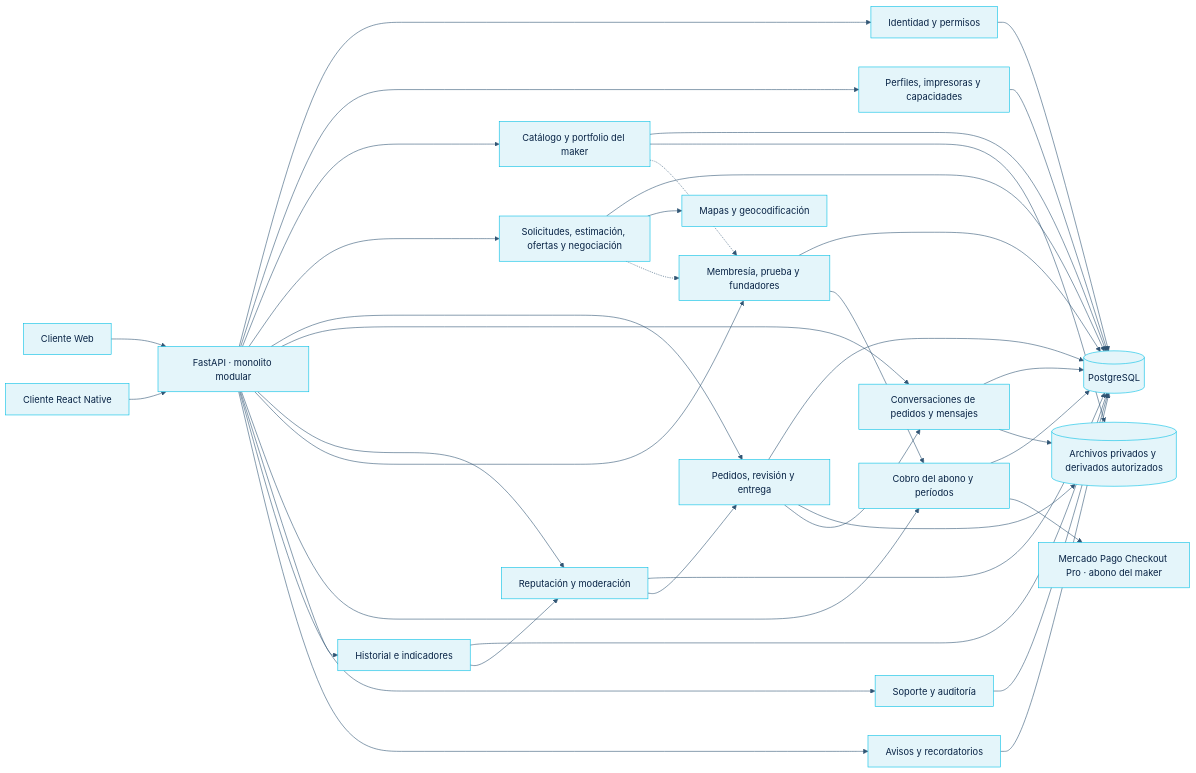
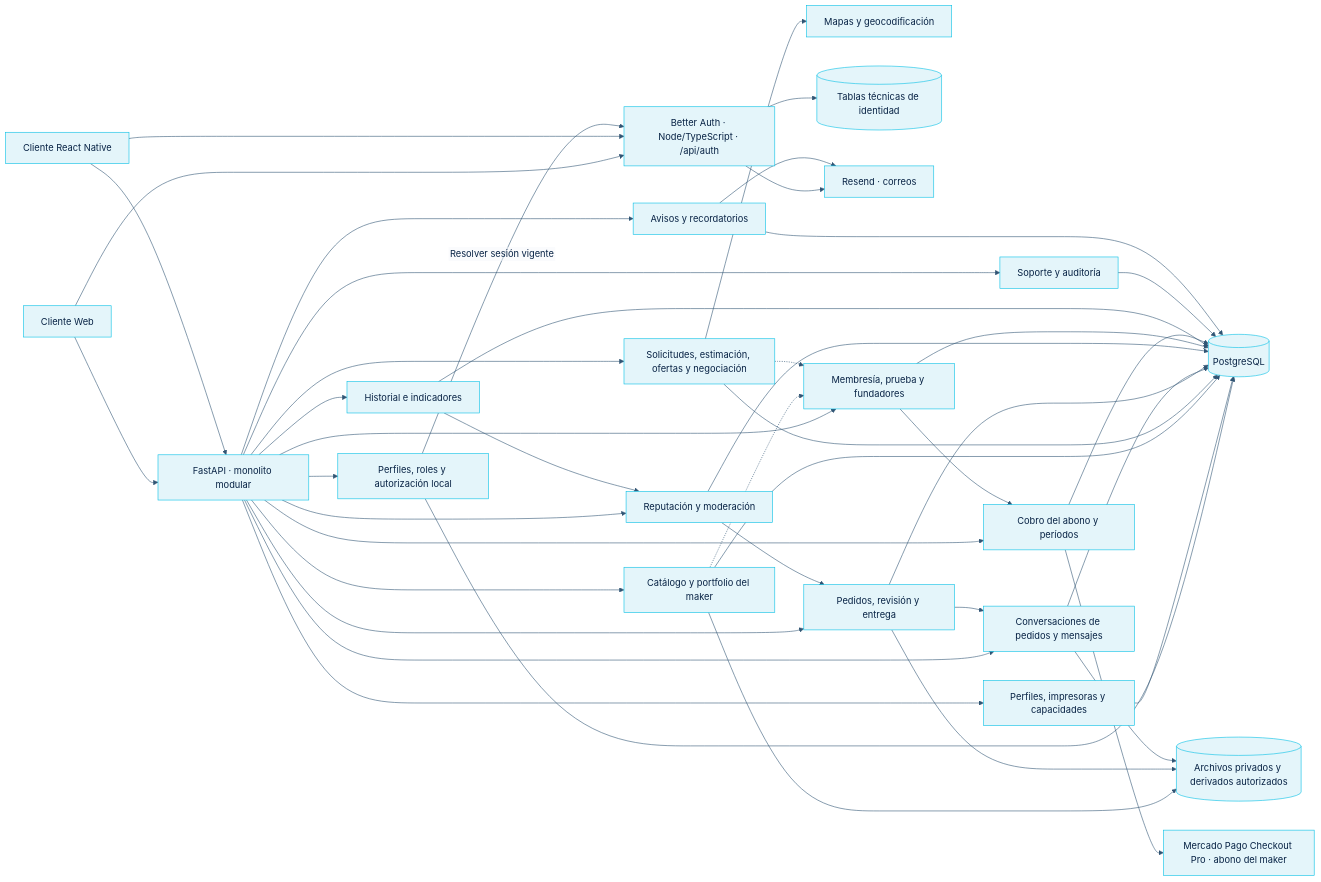
Before and after one commit to chill0101/3daltoque-docs: the diagram in public/documentos/410048d78c61-componentes.mmd, drawn with Mermaid. The commit also changed 57 other files, not shown here.

```diff
--- a/public/documentos/410048d78c61-componentes.mmd
+++ b/public/documentos/410048d78c61-componentes.mmd
@@ -1,58 +1,67 @@
 %%{init: {"theme":"base","themeVariables":{"primaryColor":"#E4F5FA","primaryTextColor":"#082345","primaryBorderColor":"#00BFE5","lineColor":"#315574","secondaryColor":"#F5F8FC","tertiaryColor":"#FFFFFF","fontFamily":"Manrope, sans-serif"},"flowchart":{"htmlLabels":false},"class":{"htmlLabels":false}}}%%
 flowchart LR
   WEB["Cliente Web"]
   MOBILE["Cliente React Native"]
   API["FastAPI · monolito modular"]
   DB[("PostgreSQL")]
   FILES[("Archivos privados y derivados autorizados")]
   MP["Mercado Pago Checkout Pro · abono del maker"]
   MAPS["Mapas y geocodificación"]
-  AUTH["Identidad y permisos"]
+  AUTH["Perfiles, roles y autorización local"]
+  IDP["Better Auth · Node/TypeScript · /api/auth"]
+  AUTHDB[("Tablas técnicas de identidad")]
+  RESEND["Resend · correos"]
   PROFILE["Perfiles, impresoras y capacidades"]
   CAT["Catálogo y portfolio del maker"]
   MARKET["Solicitudes, estimación, ofertas y negociación"]
   ORDERS["Pedidos, revisión y entrega"]
   CHAT["Conversaciones de pedidos y mensajes"]
   REPUTATION["Reputación y moderación"]
   MEMBERS["Membresía, prueba y fundadores"]
   BILLING["Cobro del abono y períodos"]
   REPORTS["Historial e indicadores"]
   ADMIN["Soporte y auditoría"]
   NOTIFY["Avisos y recordatorios"]
+  WEB --> IDP
+  MOBILE --> IDP
+  IDP --> AUTHDB
+  IDP --> RESEND
+  AUTH -->|Resolver sesión vigente| IDP
+  NOTIFY --> RESEND
   WEB --> API
   MOBILE --> API
   API --> AUTH
   AUTH --> DB
   API --> PROFILE
   PROFILE --> DB
   API --> CAT
   CAT --> DB
   API --> MARKET
   MARKET --> DB
   API --> ORDERS
   ORDERS --> DB
   API --> CHAT
   CHAT --> DB
   API --> REPUTATION
   REPUTATION --> DB
   API --> MEMBERS
   MEMBERS --> DB
   API --> BILLING
   BILLING --> DB
   API --> REPORTS
   REPORTS --> DB
   API --> ADMIN
   ADMIN --> DB
   API --> NOTIFY
   NOTIFY --> DB
   CAT --> FILES
   ORDERS --> FILES
   CHAT --> FILES
   MARKET --> MAPS
   BILLING --> MP
   MEMBERS --> BILLING
   CAT -.-> MEMBERS
   MARKET -.-> MEMBERS
   ORDERS --> CHAT
   REPUTATION --> ORDERS
   REPORTS --> REPUTATION
```
